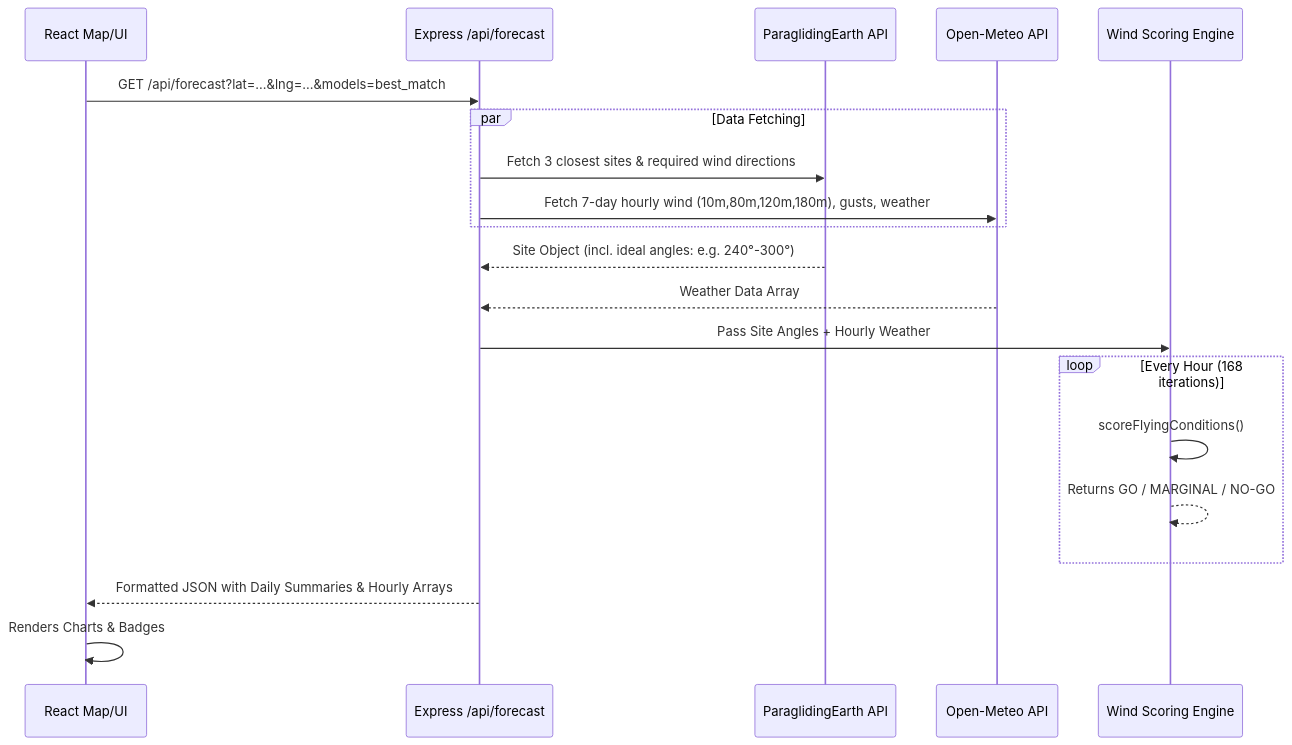
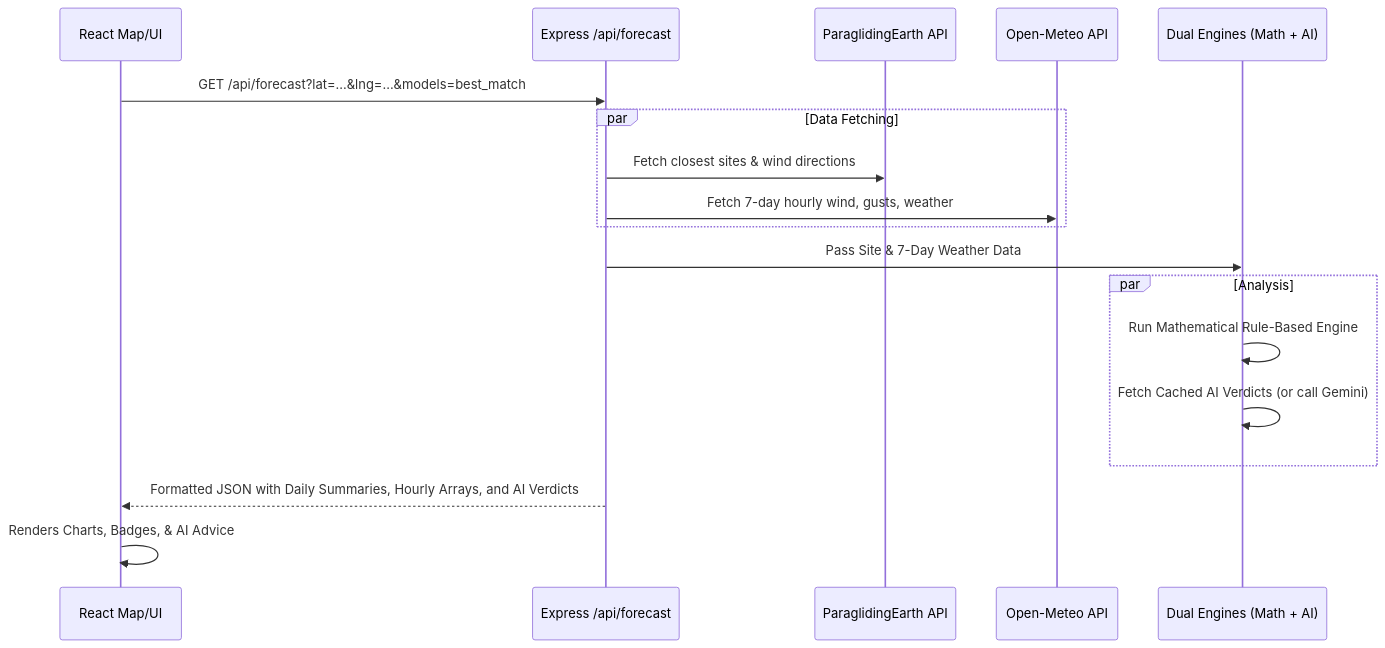
One commit to rupeshdabbir/Paragliding-agent changed the diagram in README.md. Above: the diagram before and after it, drawn with Mermaid. The commit also changed other lines of this file, not shown here.

Commit message:
docs: Revamp README to detail the dual rule engines for flyability, key architectural decisions, and expanded API documentation.

````diff
--- a/README.md
+++ b/README.md
@@ -93,27 +139,25 @@
 ```mermaid
 sequenceDiagram
     participant UI as React Map/UI
     participant API as Express /api/forecast
     participant PGE as ParaglidingEarth API
     participant OM as Open-Meteo API
-    participant Engine as Wind Scoring Engine
+    participant Engine as Dual Engines (Math + AI)
 
     UI->>API: GET /api/forecast?lat=...&lng=...&models=best_match
     
     par Data Fetching
-        API->>PGE: Fetch 3 closest sites & required wind directions
-        API->>OM: Fetch 7-day hourly wind (10m,80m,120m,180m), gusts, weather
+        API->>PGE: Fetch closest sites & wind directions
+        API->>OM: Fetch 7-day hourly wind, gusts, weather
     end
     
-    PGE-->>API: Site Object (incl. ideal angles: e.g. 240°-300°)
-    OM-->>API: Weather Data Array
+    API->>Engine: Pass Site & 7-Day Weather Data
     
-    API->>Engine: Pass Site Angles + Hourly Weather
-    loop Every Hour (168 iterations)
-        Engine->>Engine: scoreFlyingConditions()
-        Engine-->>Engine: Returns GO / MARGINAL / NO-GO
+    par Analysis
+        Engine->>Engine: Run Mathematical Rule-Based Engine
+        Engine->>Engine: Fetch Cached AI Verdicts (or call Gemini)
     end
     
-    API-->>UI: Formatted JSON with Daily Summaries & Hourly Arrays
-    UI->>UI: Renders Charts & Badges
+    API-->>UI: Formatted JSON with Daily Summaries, Hourly Arrays, and AI Verdicts
+    UI->>UI: Renders Charts, Badges, & AI Advice
 ```
````
